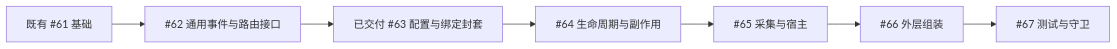
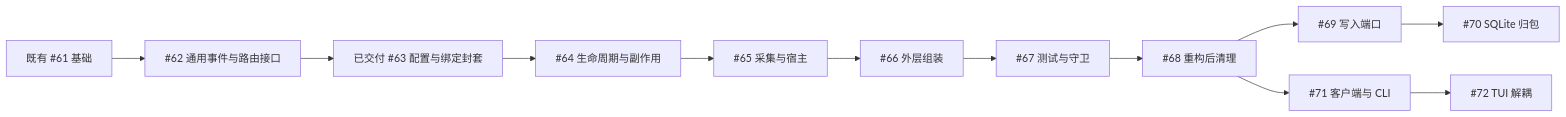
One commit to erranliu/SteerLine changed the second of 2 diagrams in docs/roadmap/execution-map.md. Above: the diagram before and after it, drawn with Mermaid. The commit also changed other lines of this file and 21 other files, not shown here.

````diff
--- a/docs/roadmap/execution-map.md
+++ b/docs/roadmap/execution-map.md
@@ -84,9 +89,12 @@
 ```mermaid
 flowchart LR
     Foundation["既有 #61 基础"] --> E62["#62 通用事件与路由接口"]
     E62 --> C63["已交付 #63 配置与绑定封套"]
     C63 --> C64["#64 生命周期与副作用"]
     C64 --> C65["#65 采集与宿主"]
     C65 --> C66["#66 外层组装"]
     C66 --> C67["#67 测试与守卫"]
+    C67 --> C68["#68 重构后清理"]
+    C68 --> S69["#69 写入端口"] --> S70["#70 SQLite 归包"]
+    C68 --> P71["#71 客户端与 CLI"] --> P72["#72 TUI 解耦"]
 ```
````
